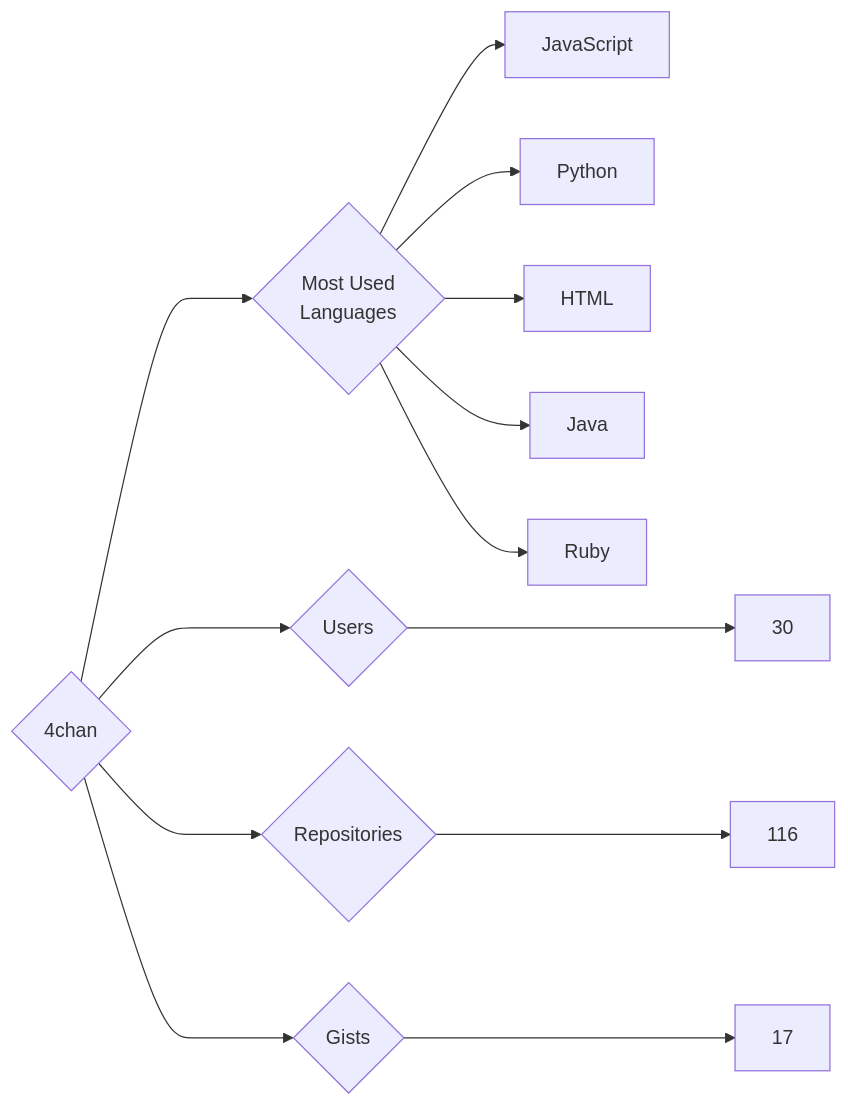
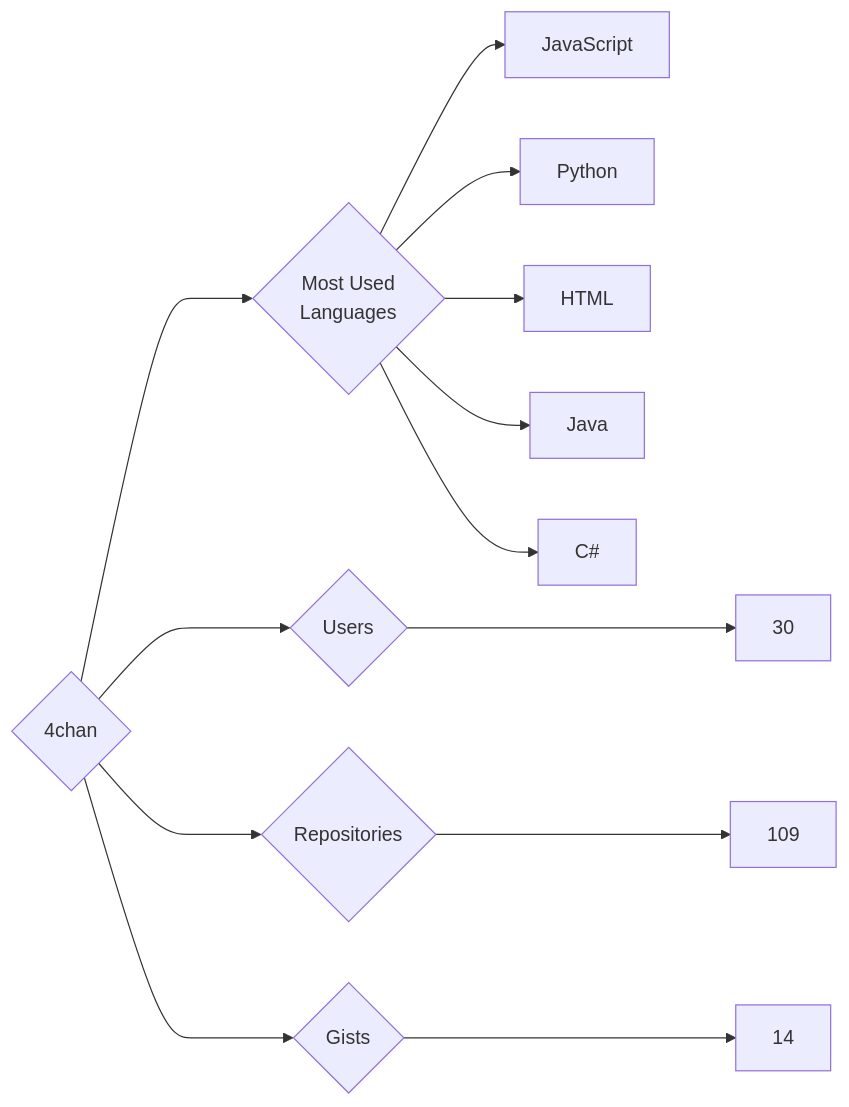
One commit to trickest/insiders changed the diagram in targets/4chan/README.md. Above: the diagram before and after it, drawn with Mermaid. The commit also changed 944 other files, not shown here.

````diff
--- a/targets/4chan/README.md
+++ b/targets/4chan/README.md
@@ -3,13 +3,13 @@
 ```mermaid
 graph LR
 COMPANY_NAME{4chan}
 COMPANY_NAME ---> U{Users} ---> UN[30]
-COMPANY_NAME ---> R{Repositories} ---> RN[116]
-COMPANY_NAME ---> G{Gists} ---> GN[17]
+COMPANY_NAME ---> R{Repositories} ---> RN[109]
+COMPANY_NAME ---> G{Gists} ---> GN[14]
 COMPANY_NAME ---> ML{Most Used<br>Languages}
 ML --> JavaScript[JavaScript]
 ML --> Python[Python]
 ML --> HTML[HTML]
 ML --> Java[Java]
-ML --> Ruby[Ruby]
+ML --> C#[C#]
 ```
````
